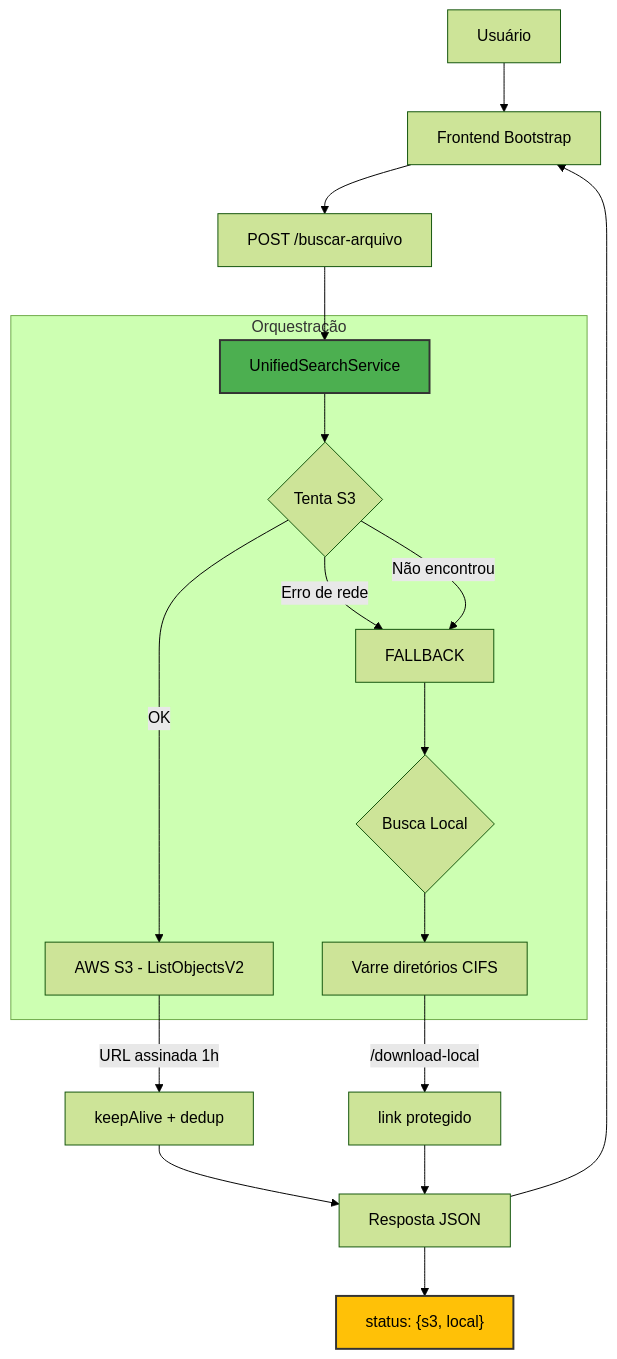
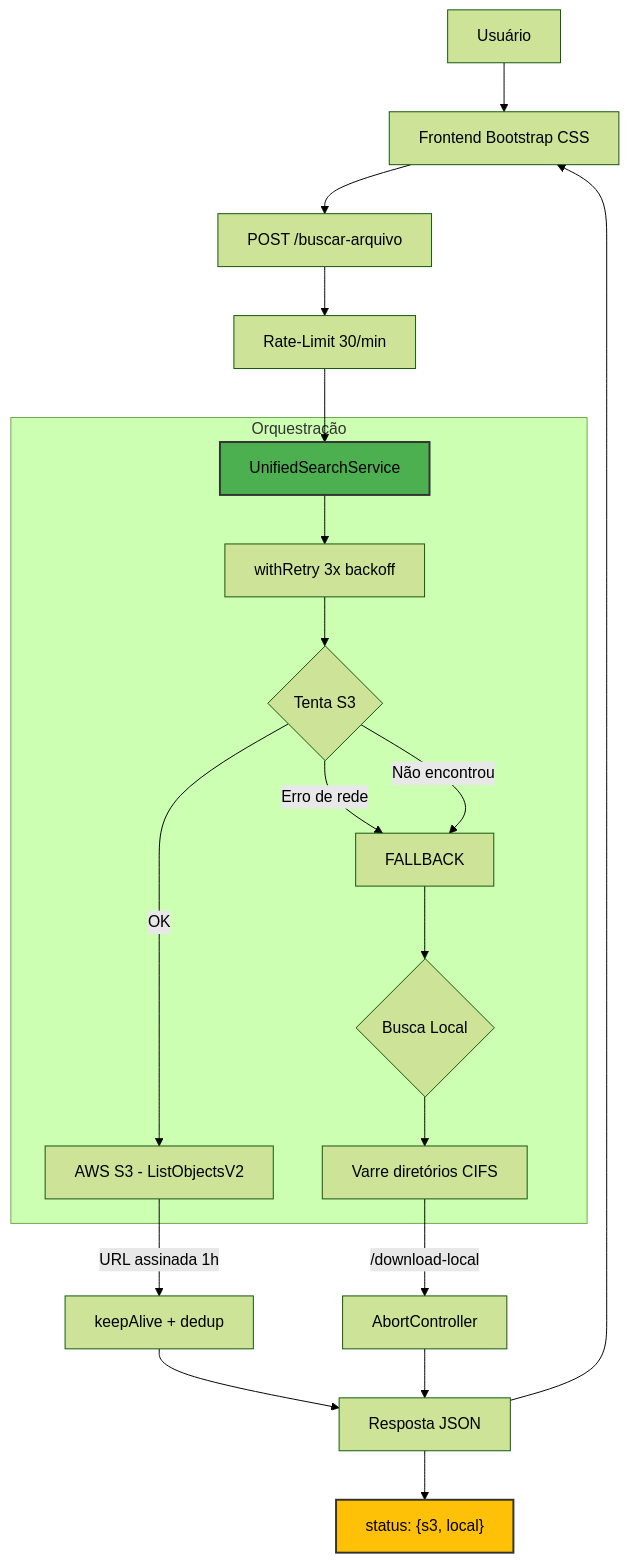
The diagram in README.md (diego-abuv/s3-protoSearch), drawn with Mermaid (forest theme) before and after one commit. The commit also changed other lines of this file, not shown here.

Commit message:
docs: atualiza README com AbortController, retry, rate-limit e frontend

````diff
--- a/README.md
+++ b/README.md
@@ -320,28 +326,30 @@
 ```mermaid
 graph TD
-    U[Usuário] --> F[Frontend Bootstrap]
+    U[Usuário] --> F[Frontend Bootstrap CSS]
     F --> API[POST /buscar-arquivo]
-    API --> ORQ[UnifiedSearchService]
+    API --> RL[Rate-Limit 30/min]
+    RL --> ORQ[UnifiedSearchService]
 
     subgraph "Orquestração"
-        ORQ --> TRY1{Tenta S3}
+        ORQ --> RETRY[withRetry 3x backoff]
+        RETRY --> TRY1{Tenta S3}
         TRY1 -->|OK| S3[AWS S3 - ListObjectsV2]
         TRY1 -->|Erro de rede| FALLBACK
         TRY1 -->|Não encontrou| FALLBACK
 
         FALLBACK --> LOCAL{Busca Local}
         LOCAL --> FS[Varre diretórios CIFS]
     end
 
     S3 --> |URL assinada 1h| URL1[keepAlive + dedup]
-    FS --> |/download-local| URL2[link protegido]
+    FS --> |/download-local| URL2[AbortController]
 
     URL1 --> R[Resposta JSON]
     URL2 --> R
     R --> F
 
     R --> STATUS["status: {s3, local}"]
 
     style ORQ fill:#4CAF50,stroke:#333,stroke-width:2px
     style STATUS fill:#FFC107,stroke:#333,stroke-width:2px
 ```
````
